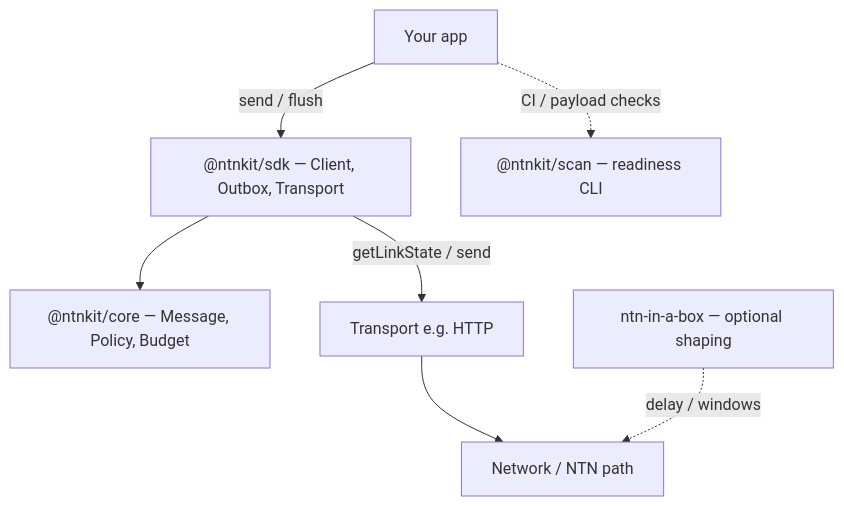
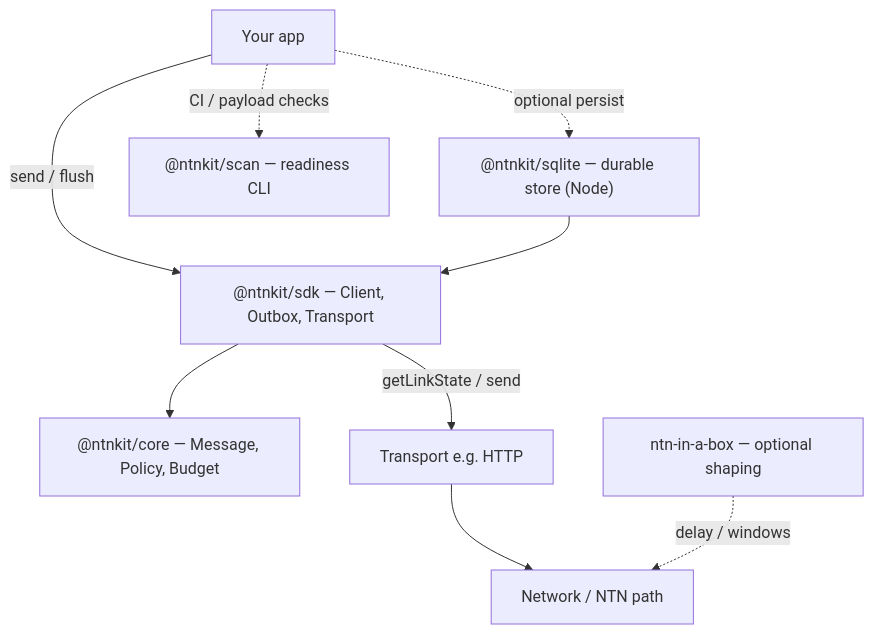
The first of 3 diagrams in README.md (hyavari/ntnkit), drawn with Mermaid before and after one commit. The commit also changed other lines of this file and 20 other files, not shown here.

First line of the commit message:
Add durable SQLite outbox with async Outbox contract.

````diff
--- a/README.md
+++ b/README.md
@@ -28,17 +28,20 @@
 ```mermaid
 flowchart TB
   App[Your app]
   SDK["@ntnkit/sdk — Client, Outbox, Transport"]
+  Sqlite["@ntnkit/sqlite — durable store (Node)"]
   Core["@ntnkit/core — Message, Policy, Budget"]
   Scan["@ntnkit/scan — readiness CLI"]
   Transport[Transport e.g. HTTP]
   Net[Network / NTN path]
   Ntnbox[ntn-in-a-box — optional shaping]
 
   App -->|send / flush| SDK
   App -.->|CI / payload checks| Scan
+  App -.->|optional persist| Sqlite
   SDK --> Core
+  Sqlite --> SDK
   SDK -->|getLinkState / send| Transport
   Transport --> Net
   Ntnbox -.->|delay / windows| Net
 ```
````
